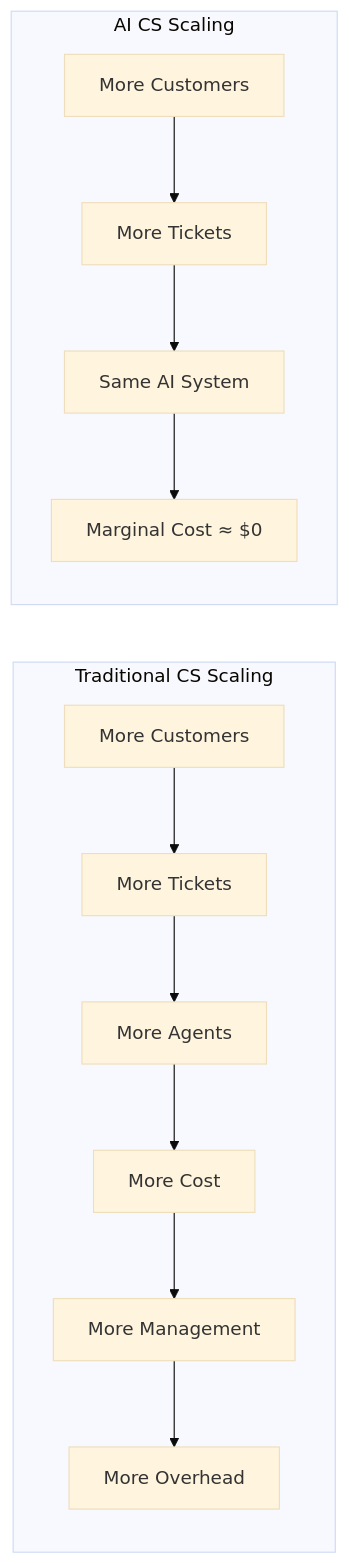
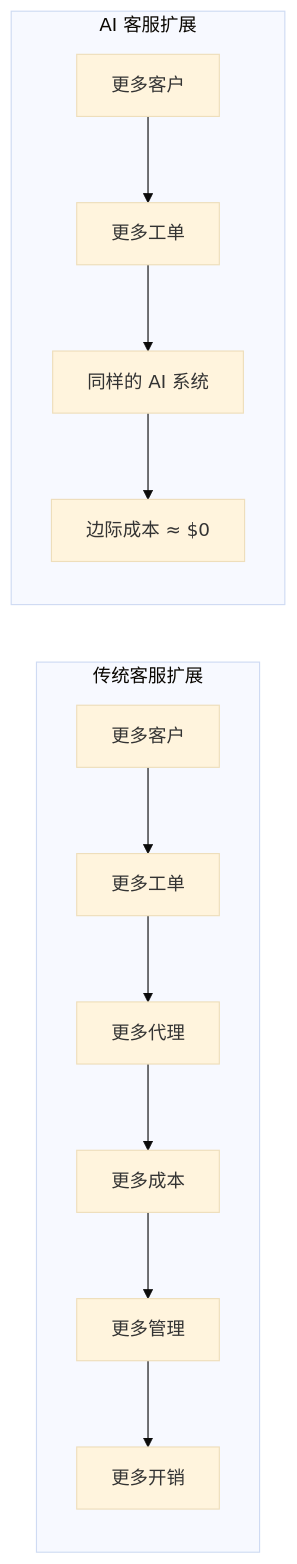
The first of 2 diagrams in i18n/zh/docusaurus-plugin-content-docs/current/01-current-landscape.md (stars-labs/ai-driven-customer-service), drawn with Mermaid (base theme) before and after one commit. The commit also changed other lines of this file and 15 other files, not shown here.

````diff
--- a/i18n/zh/docusaurus-plugin-content-docs/current/01-current-landscape.md
+++ b/i18n/zh/docusaurus-plugin-content-docs/current/01-current-landscape.md
@@ -29,16 +29,16 @@
 ```mermaid
 flowchart LR
-    subgraph Traditional["Traditional CS Scaling"]
-        T1[More Customers] --> T2[More Tickets]
-        T2 --> T3[More Agents]
-        T3 --> T4[More Cost]
-        T4 --> T5[More Management]
-        T5 --> T6[More Overhead]
+    subgraph Traditional["传统客服扩展"]
+        T1[更多客户] --> T2[更多工单]
+        T2 --> T3[更多代理]
+        T3 --> T4[更多成本]
+        T4 --> T5[更多管理]
+        T5 --> T6[更多开销]
     end
 
-    subgraph AI["AI CS Scaling"]
-        A1[More Customers] --> A2[More Tickets]
-        A2 --> A3[Same AI System]
-        A3 --> A4[Marginal Cost ≈ $0]
+    subgraph AI["AI 客服扩展"]
+        A1[更多客户] --> A2[更多工单]
+        A2 --> A3[同样的 AI 系统]
+        A3 --> A4[边际成本 ≈ $0]
     end
 ```
````
